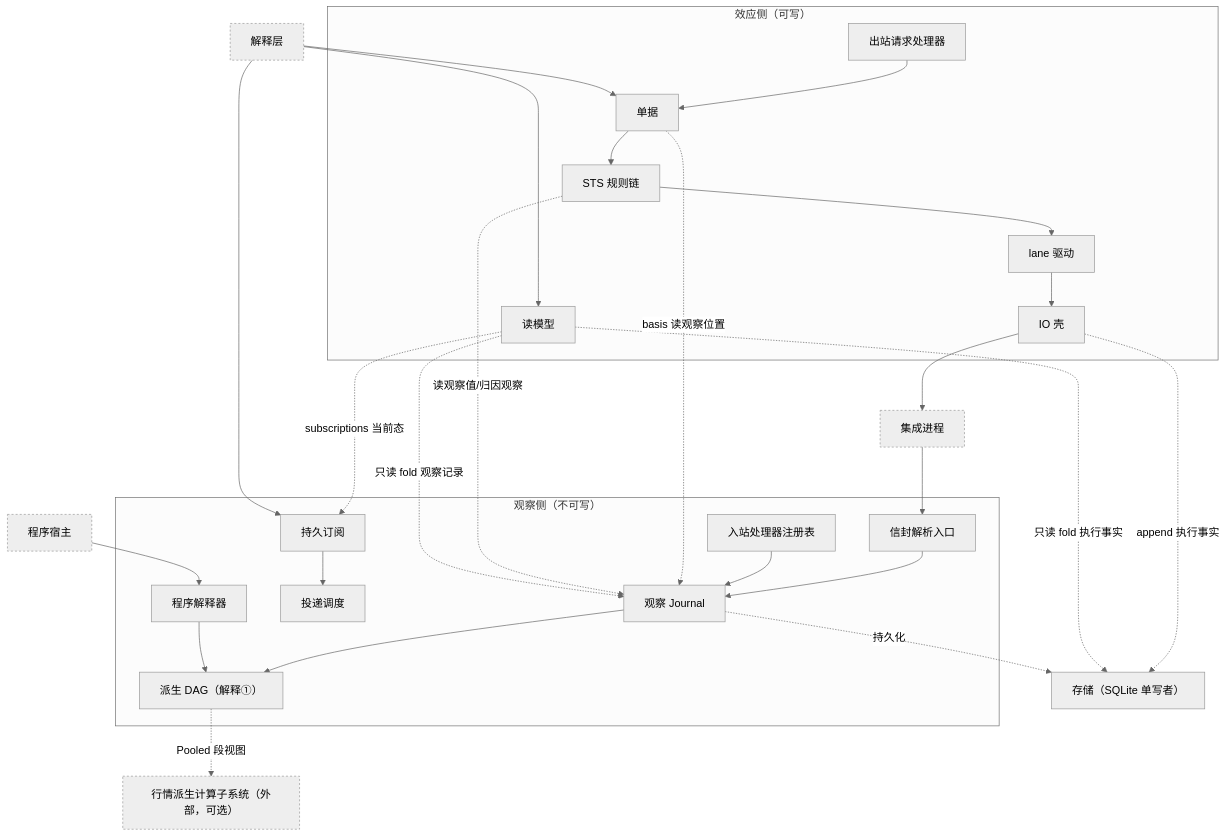
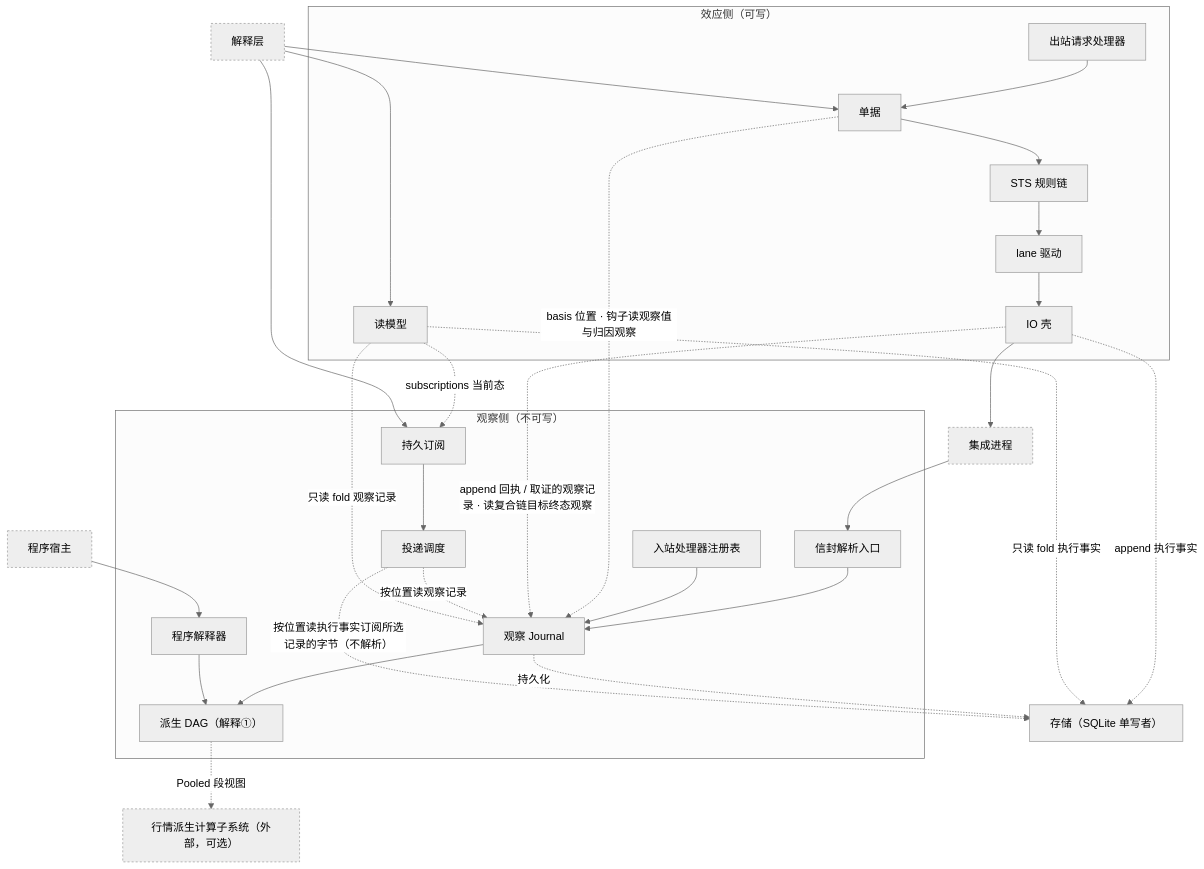
Before and after one commit to mouriya-s-lab/uta: the second of 2 diagrams in design/core/07-processes-and-storage.md, drawn with Mermaid (neutral theme). The commit also changed other lines of this file and 17 other files, not shown here.

Commit message:
design: fix review contradictions — bypass as lane control record, per-leg blocking-head key, positions per identity, orders completeness only before compaction, readiness/backfill split, uses graph and writer tables, Starting semantics, references

````diff
--- a/design/core/07-processes-and-storage.md
+++ b/design/core/07-processes-and-storage.md
@@ -265,32 +267,34 @@
 ```mermaid
 flowchart TB
   subgraph EFFECT["效应侧（可写）"]
     TICKET["单据"] --> STS["STS 规则链"] --> LANE["lane 驱动"] --> IOSHELL["IO 壳"]
     OUTH["出站请求处理器"] --> TICKET
     RM["读模型"]
   end
   subgraph OBSERVE["观察侧（不可写）"]
     ENV["信封解析入口"] --> OJ["观察 Journal"]
     OJ --> DAG["派生 DAG（解释①）"]
     SUB["持久订阅"] --> DELIV["投递调度"]
     INH["入站处理器注册表"] --> OJ
     PROG["程序解释器"] --> DAG
   end
   INT["集成进程"] --> ENV
   HOST["程序宿主"] --> PROG
   IOSHELL --> INT
   STORE["存储（SQLite 单写者）"]
-  TICKET -.basis 读观察位置.-> OJ
-  STS -.读观察值/归因观察.-> OJ
+  TICKET -.basis 位置 · 钩子读观察值与归因观察.-> OJ
+  IOSHELL -.append 回执 / 取证的观察记录 · 读复合链目标终态观察.-> OJ
   IOSHELL -.append 执行事实.-> STORE
   OJ -.持久化.-> STORE
+  DELIV -.按位置读观察记录.-> OJ
+  DELIV -.按位置读执行事实订阅所选记录的字节（不解析）.-> STORE
   RM -.只读 fold 执行事实.-> STORE
   RM -.只读 fold 观察记录.-> OJ
   RM -.subscriptions 当前态.-> SUB
   IL["解释层"] --> SUB
   IL --> RM
   IL --> TICKET
   DAG -. Pooled 段视图 .-> HPC["行情派生计算子系统（外部，可选）"]
   classDef ext fill:#eee,stroke:#999,stroke-dasharray:3;
   class HPC,INT,HOST,IL ext;
 ```
````
